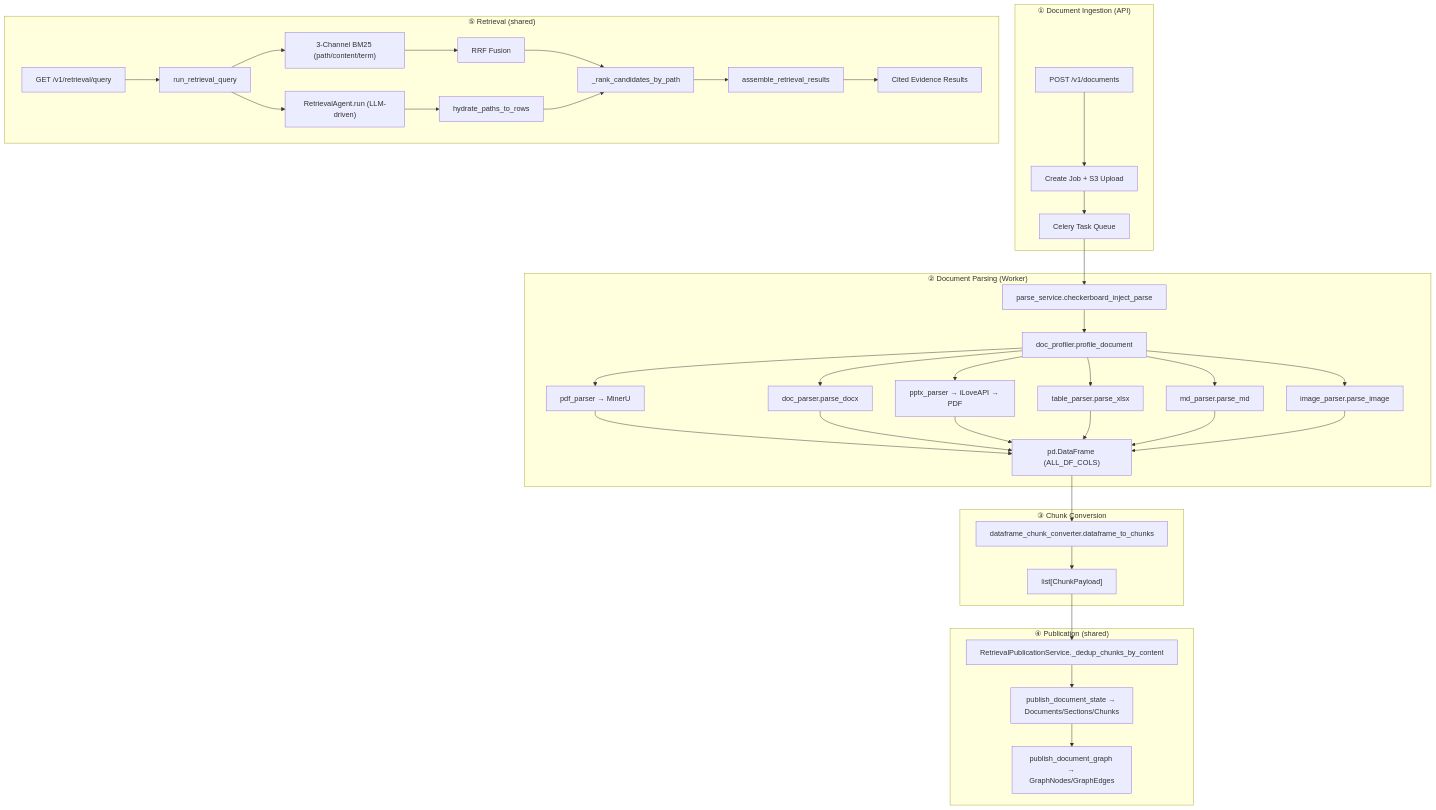
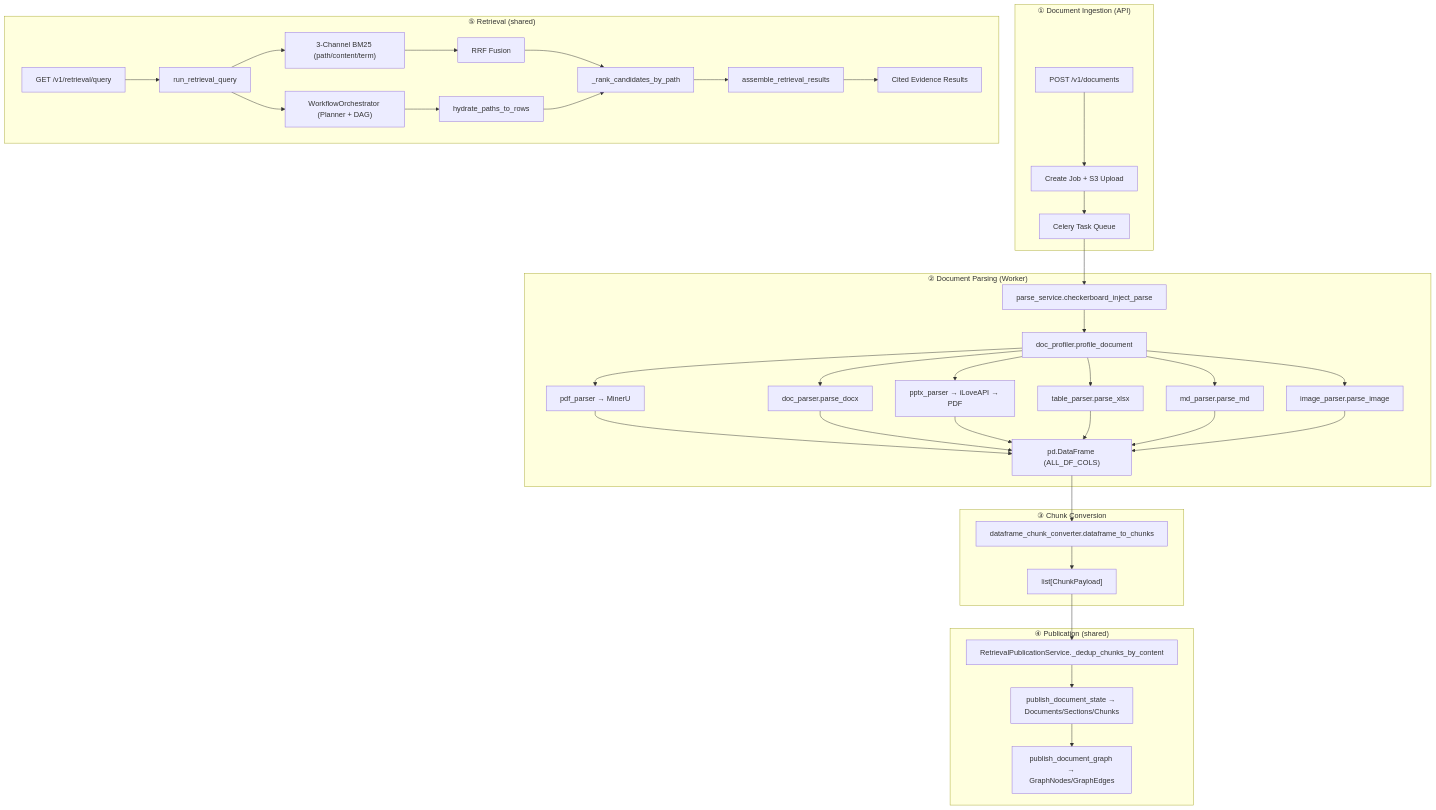
The first of 4 diagrams in AGENTS.md (getsyntegrity/knowhere), drawn with Mermaid before and after one commit. The commit also changed other lines of this file, not shown here.

Commit message:
docs: concisely update AGENTS.md for WorkflowOrchestrator and use_agentic (#58)

````diff
--- a/AGENTS.md
+++ b/AGENTS.md
@@ -65,47 +65,47 @@
 ```mermaid
 flowchart TB
     subgraph INGEST["① Document Ingestion (API)"]
         Upload["POST /v1/documents"] --> Job["Create Job + S3 Upload"]
         Job --> Queue["Celery Task Queue"]
     end
 
     subgraph PARSE["② Document Parsing (Worker)"]
         Queue --> Router["parse_service.checkerboard_inject_parse"]
         Router --> Profiler["doc_profiler.profile_document"]
         Profiler --> PDF["pdf_parser → MinerU"]
         Profiler --> DOCX["doc_parser.parse_docx"]
         Profiler --> PPTX["pptx_parser → iLoveAPI → PDF"]
         Profiler --> XLSX["table_parser.parse_xlsx"]
         Profiler --> MD["md_parser.parse_md"]
         Profiler --> IMG["image_parser.parse_image"]
         PDF --> DF["pd.DataFrame (ALL_DF_COLS)"]
         DOCX --> DF
         PPTX --> DF
         XLSX --> DF
         MD --> DF
         IMG --> DF
     end
 
     subgraph CONVERT["③ Chunk Conversion"]
         DF --> Converter["dataframe_chunk_converter.dataframe_to_chunks"]
         Converter --> Chunks["list[ChunkPayload]"]
     end
 
     subgraph PUBLISH["④ Publication (shared)"]
         Chunks --> Dedup["RetrievalPublicationService._dedup_chunks_by_content"]
         Dedup --> DocState["publish_document_state → Documents/Sections/Chunks"]
         DocState --> Graph["publish_document_graph → GraphNodes/GraphEdges"]
     end
 
     subgraph RETRIEVE["⑤ Retrieval (shared)"]
         Query["GET /v1/retrieval/query"] --> Pipeline["run_retrieval_query"]
         Pipeline --> Channels["3-Channel BM25 (path/content/term)"]
-        Pipeline --> Agentic["RetrievalAgent.run (LLM-driven)"]
+        Pipeline --> Agentic["WorkflowOrchestrator (Planner + DAG)"]
         Channels --> RRF["RRF Fusion"]
         Agentic --> Hydrate["hydrate_paths_to_rows"]
         RRF --> Rank["_rank_candidates_by_path"]
         Hydrate --> Rank
         Rank --> Assemble["assemble_retrieval_results"]
         Assemble --> Results["Cited Evidence Results"]
     end
 ```
````
